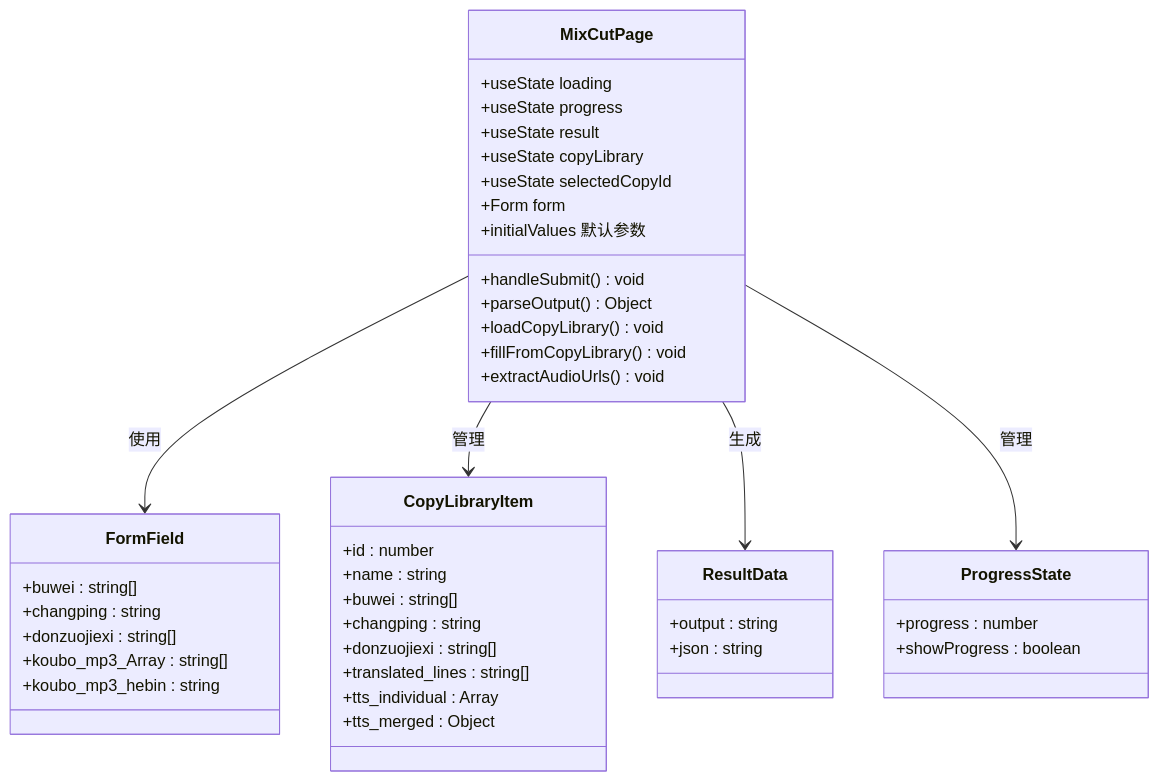
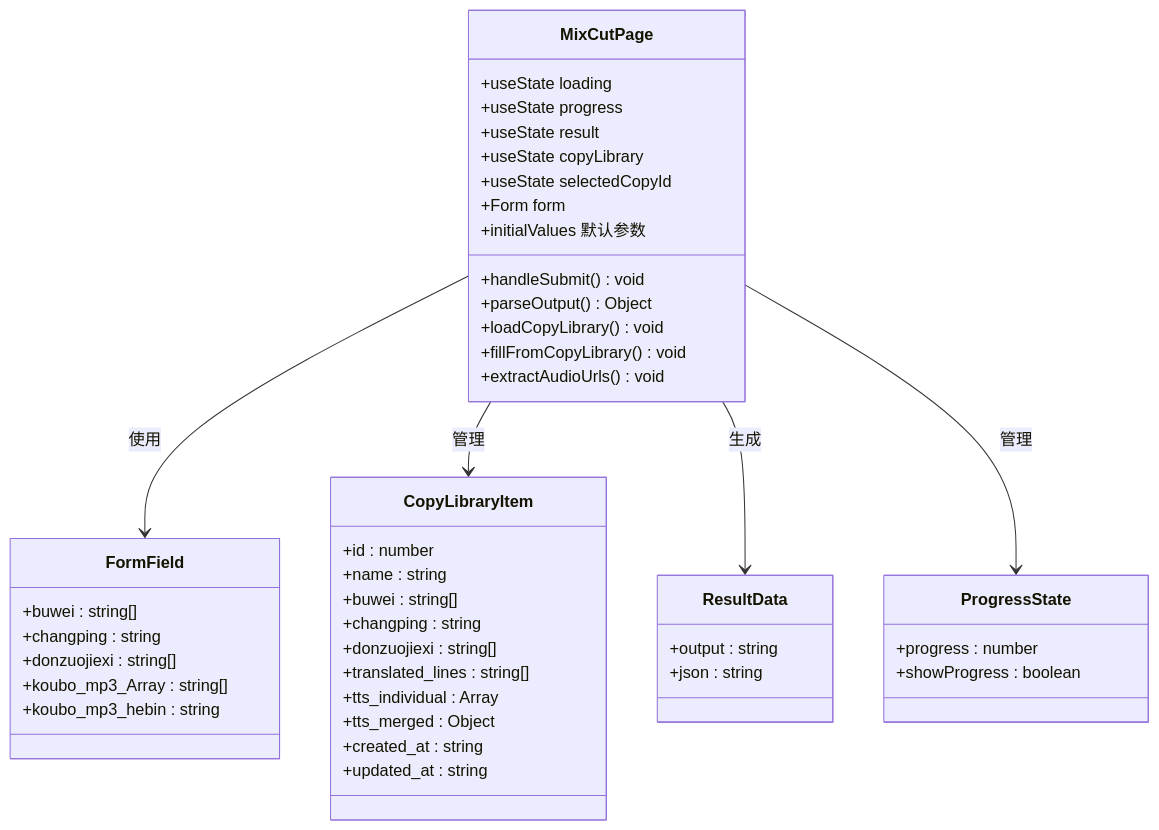
One commit to hanksd769-droid/sailshub changed the sixth of 14 diagrams in .qoder/repowiki/zh/content/前端组件架构/页面组件/混剪功能页面.md. Above: the diagram before and after it, drawn with Mermaid. The commit also changed other lines of this file and 5 other files, not shown here.

````diff
--- a/.qoder/repowiki/zh/content/前端组件架构/页面组件/混剪功能页面.md
+++ b/.qoder/repowiki/zh/content/前端组件架构/页面组件/混剪功能页面.md
@@ -334,46 +345,48 @@
 ```mermaid
 classDiagram
 class MixCutPage {
 +useState loading
 +useState progress
 +useState result
 +useState copyLibrary
 +useState selectedCopyId
 +Form form
 +handleSubmit() void
 +parseOutput() Object
 +initialValues 默认参数
 +loadCopyLibrary() void
 +fillFromCopyLibrary() void
 +extractAudioUrls() void
 }
 class FormField {
 +buwei : string[]
 +changping : string
 +donzuojiexi : string[]
 +koubo_mp3_Array : string[]
 +koubo_mp3_hebin : string
 }
 class CopyLibraryItem {
 +id : number
 +name : string
 +buwei : string[]
 +changping : string
 +donzuojiexi : string[]
 +translated_lines : string[]
 +tts_individual : Array
 +tts_merged : Object
++created_at : string
++updated_at : string
 }
 class ResultData {
 +output : string
 +json : string
 }
 class ProgressState {
 +progress : number
 +showProgress : boolean
 }
 MixCutPage --> FormField : 使用
 MixCutPage --> CopyLibraryItem : 管理
 MixCutPage --> ResultData : 生成
 MixCutPage --> ProgressState : 管理
 ```
````
